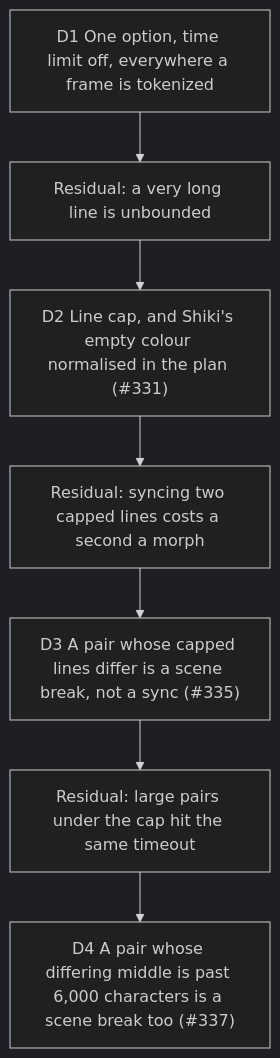
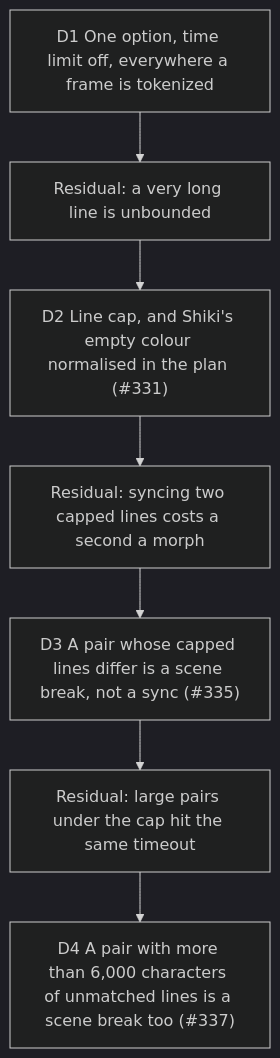
The diagram in docs/decisions/2026-10-14-whole-line-tokenization.md (delhombre/typelapse), drawn with Mermaid (dark theme) before and after one commit. The commit also changed other lines of this file and 3 other files, not shown here.

````diff
--- a/docs/decisions/2026-10-14-whole-line-tokenization.md
+++ b/docs/decisions/2026-10-14-whole-line-tokenization.md
@@ -14,9 +14,9 @@
 ```mermaid
 flowchart TD
   D1["D1 One option, time limit off, everywhere a frame is tokenized"] --> R["Residual: a very long line is unbounded"]
   R --> D2["D2 Line cap, and Shiki's empty colour normalised in the plan (#331)"]
   D2 --> R2["Residual: syncing two capped lines costs a second a morph"]
   R2 --> D3["D3 A pair whose capped lines differ is a scene break, not a sync (#335)"]
   D3 --> R3["Residual: large pairs under the cap hit the same timeout"]
-  R3 --> D4["D4 A pair whose differing middle is past 6,000 characters is a scene break too (#337)"]
+  R3 --> D4["D4 A pair with more than 6,000 characters of unmatched lines is a scene break too (#337)"]
 ```
````
